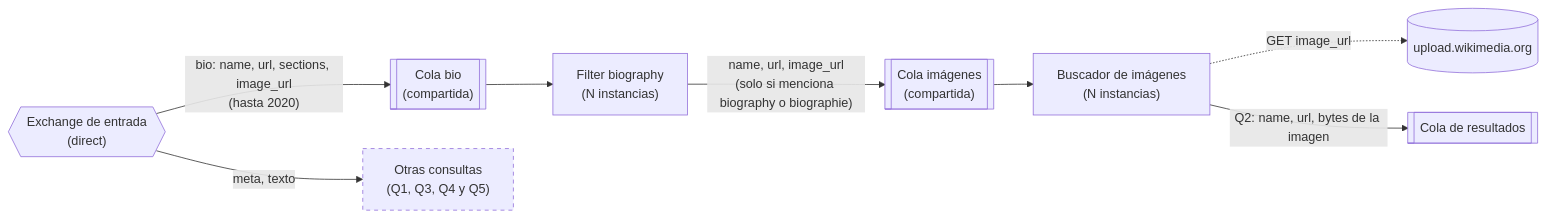
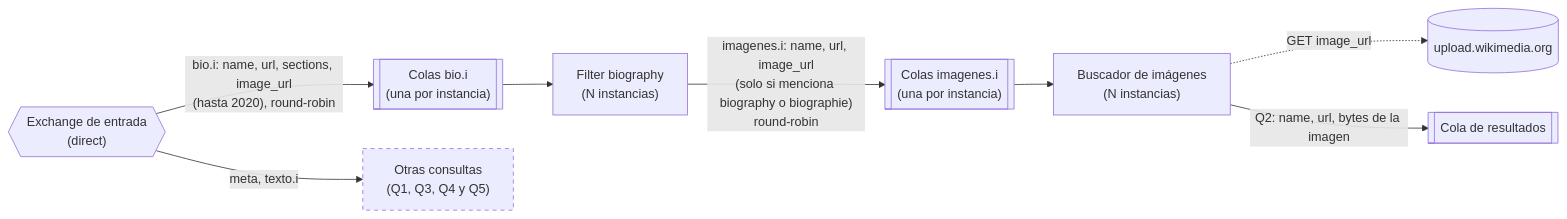
The ninth of 15 diagrams in diagramas/README.md (Cristobal710/tp-final-distribuidos), drawn with Mermaid before and after one commit. The commit also changed other lines of this file, not shown here.

````diff
--- a/diagramas/README.md
+++ b/diagramas/README.md
@@ -369,15 +370,15 @@
 ```mermaid
 flowchart LR
     EXE{{"Exchange de entrada<br/>(direct)"}}
-    EXE -- "bio: name, url, sections, image_url<br/>(hasta 2020)" --> QBIO[["Cola bio<br/>(compartida)"]]
-    EXE -- "meta, texto" --> OTRAS["Otras consultas<br/>(Q1, Q3, Q4 y Q5)"]
+    EXE -- "bio.i: name, url, sections, image_url<br/>(hasta 2020), round-robin" --> QBIO[["Colas bio.i<br/>(una por instancia)"]]
+    EXE -- "meta, texto.i" --> OTRAS["Otras consultas<br/>(Q1, Q3, Q4 y Q5)"]
 
     QBIO --> BIO["Filter biography<br/>(N instancias)"]
-    BIO -- "name, url, image_url<br/>(solo si menciona biography o biographie)" --> QIMG[["Cola imágenes<br/>(compartida)"]]
+    BIO -- "imagenes.i: name, url, image_url<br/>(solo si menciona biography o biographie)<br/>round-robin" --> QIMG[["Colas imagenes.i<br/>(una por instancia)"]]
     QIMG --> IMG["Buscador de imágenes<br/>(N instancias)"]
     IMG -. "GET image_url" .-> WM[("upload.wikimedia.org")]
     IMG -- "Q2: name, url, bytes de la imagen" --> QR[["Cola de resultados"]]
 
     classDef resto stroke-dasharray: 5 5
     class OTRAS resto
 ```
````
